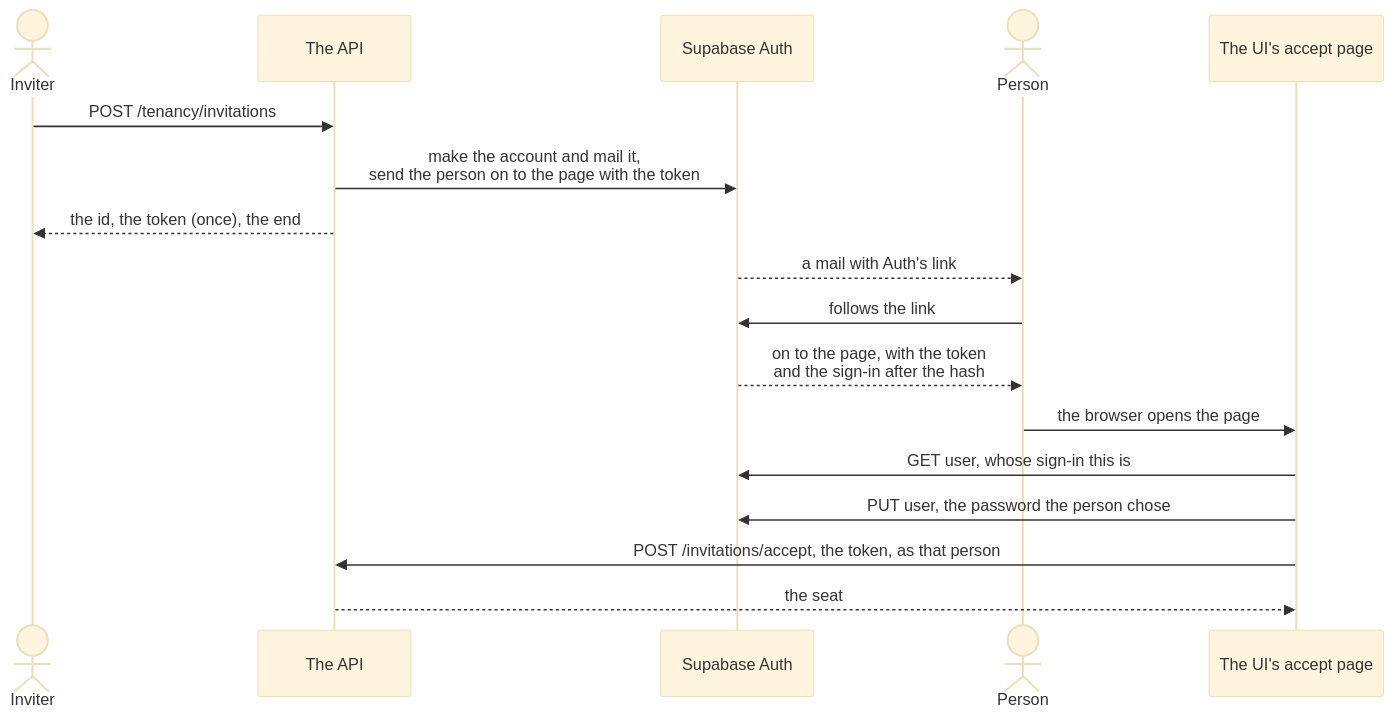
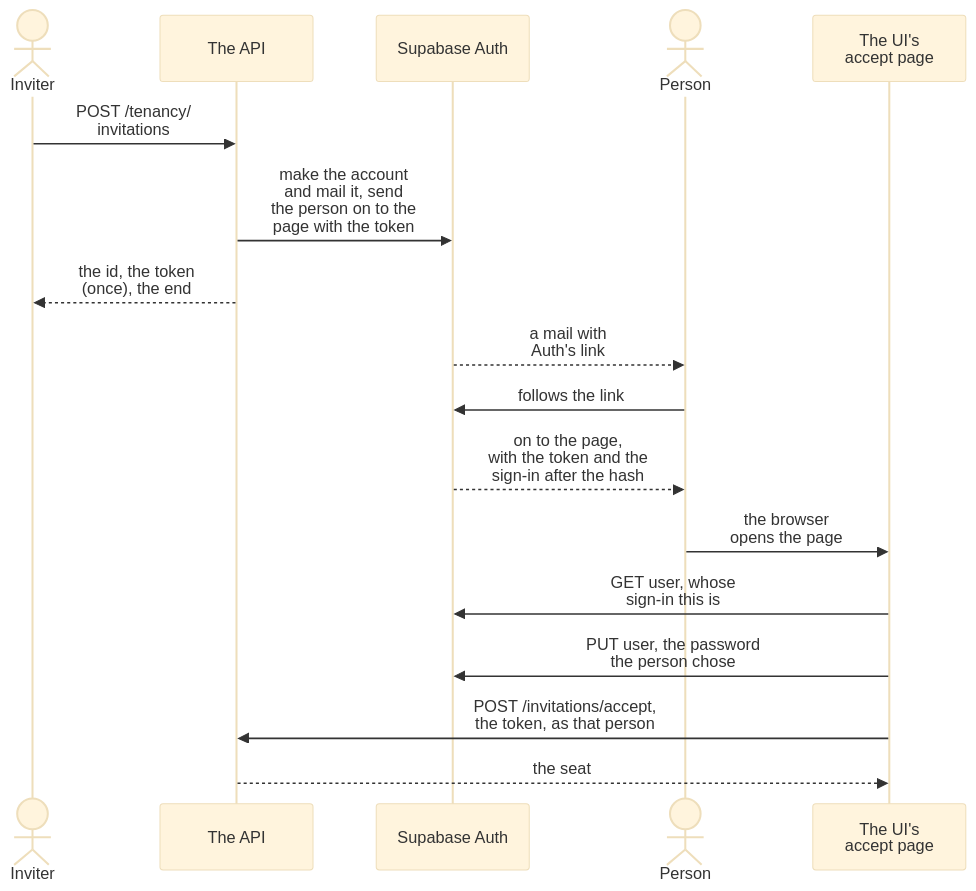
One commit to DylanSnel/DDDToolkit changed diagram 17 of 22 in docs/tenancy.md. Above: the diagram before and after it, drawn with Mermaid (base theme). The commit also changed other lines of this file and 9 other files, not shown here.

````diff
--- a/docs/tenancy.md
+++ b/docs/tenancy.md
@@ -2900,20 +2894,20 @@
 ```mermaid
 sequenceDiagram
     actor Inviter
     participant API as The API
     participant Auth as Supabase Auth
     actor Person
-    participant Page as The UI's accept page
+    participant Page as The UI's<br/>accept page
 
-    Inviter->>API: POST /tenancy/invitations
-    API->>Auth: make the account and mail it,<br/>send the person on to the page with the token
-    API-->>Inviter: the id, the token (once), the end
-    Auth-->>Person: a mail with Auth's link
+    Inviter->>API: POST /tenancy/<br/>invitations
+    API->>Auth: make the account<br/>and mail it, send<br/>the person on to the<br/>page with the token
+    API-->>Inviter: the id, the token<br/>(once), the end
+    Auth-->>Person: a mail with<br/>Auth's link
     Person->>Auth: follows the link
-    Auth-->>Person: on to the page, with the token<br/>and the sign-in after the hash
-    Person->>Page: the browser opens the page
-    Page->>Auth: GET user, whose sign-in this is
-    Page->>Auth: PUT user, the password the person chose
-    Page->>API: POST /invitations/accept, the token, as that person
+    Auth-->>Person: on to the page,<br/>with the token and the<br/>sign-in after the hash
+    Person->>Page: the browser<br/>opens the page
+    Page->>Auth: GET user, whose<br/>sign-in this is
+    Page->>Auth: PUT user, the password<br/>the person chose
+    Page->>API: POST /invitations/accept,<br/>the token, as that person
     API-->>Page: the seat
 ```
````
